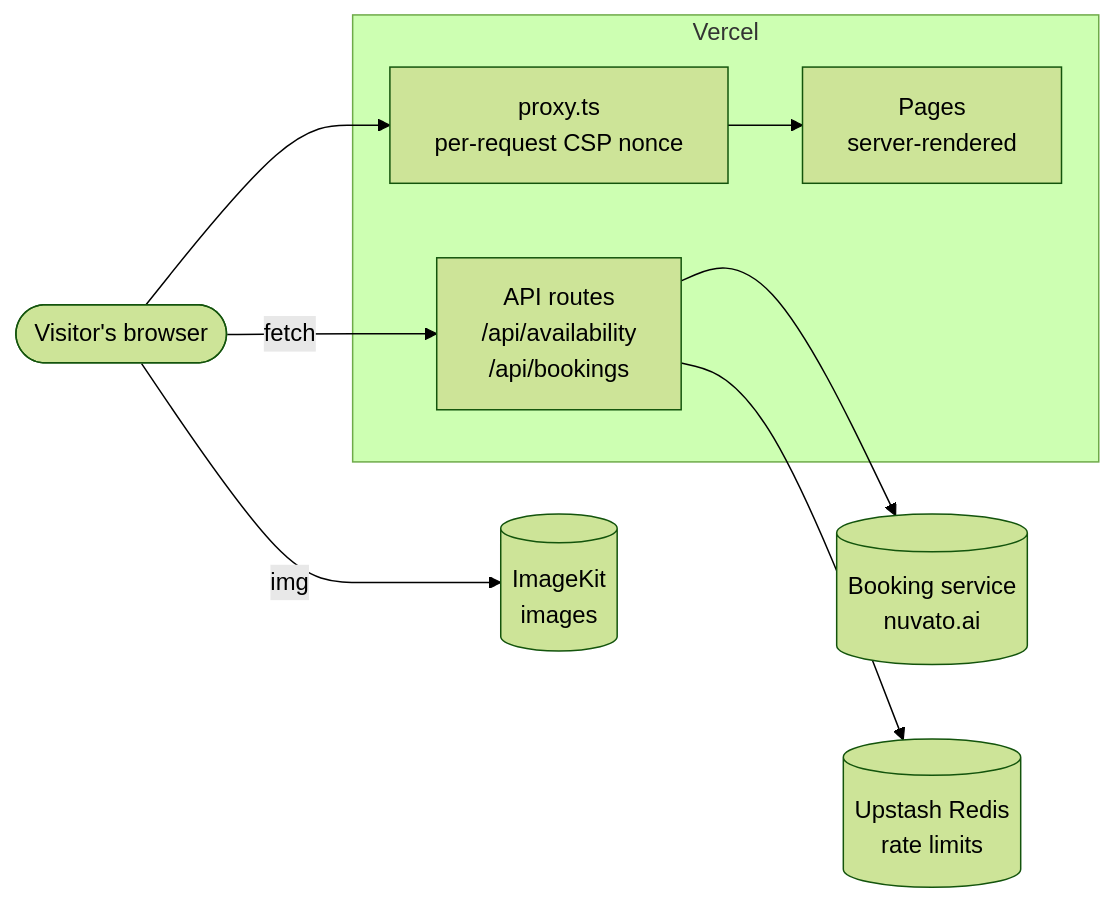
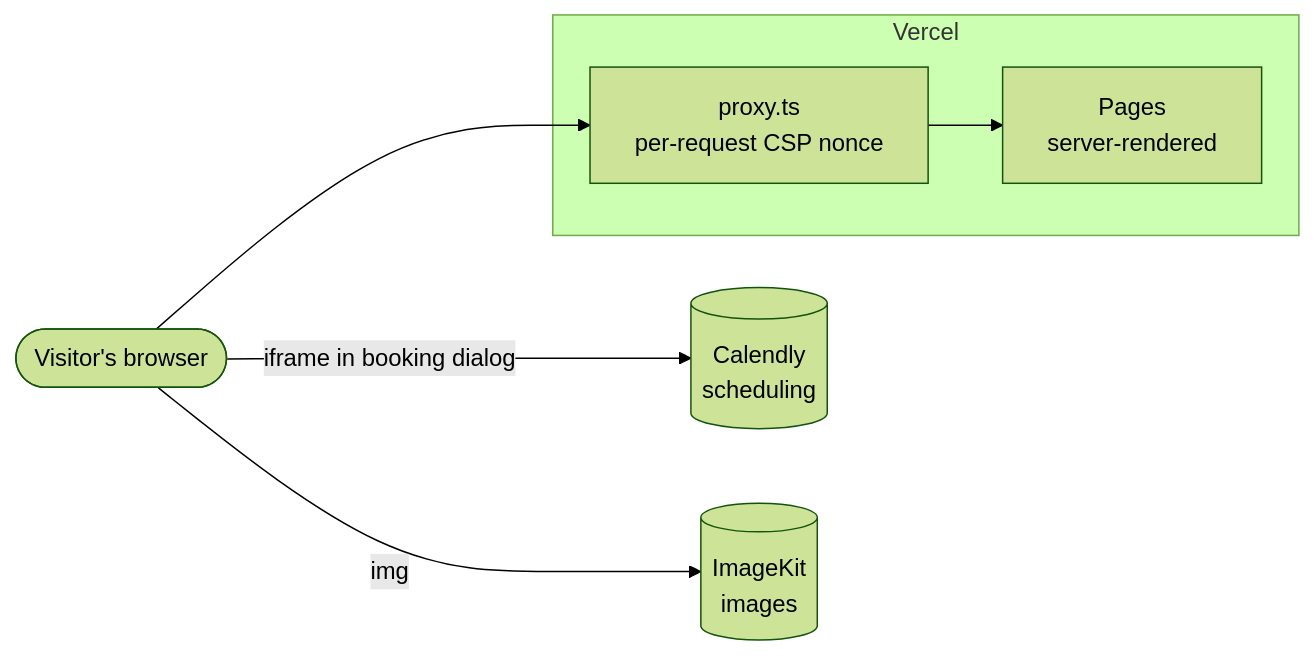
Before and after one commit to bdocamponuvatoai/nuvatoai: the first of 2 diagrams in docs/ARCHITECTURE.md, drawn with Mermaid (forest theme). The commit also changed other lines of this file and 3 other files, not shown here.

First line of the commit message:
Document the Calendly booking setup

````diff
--- a/docs/ARCHITECTURE.md
+++ b/docs/ARCHITECTURE.md
@@ -15,20 +14,16 @@
 ```mermaid
 flowchart LR
   browser([Visitor's browser])
 
   subgraph vercel [Vercel]
     proxy[proxy.ts<br/>per-request CSP nonce]
     pages[Pages<br/>server-rendered]
-    api[API routes<br/>/api/availability<br/>/api/bookings]
   end
 
-  booking[(Booking service<br/>nuvato.ai)]
-  redis[(Upstash Redis<br/>rate limits)]
+  calendly[(Calendly<br/>scheduling)]
   imagekit[(ImageKit<br/>images)]
 
   browser --> proxy --> pages
-  browser -- fetch --> api
-  api --> booking
-  api --> redis
+  browser -- iframe in booking dialog --> calendly
   browser -- img --> imagekit
 ```
````
